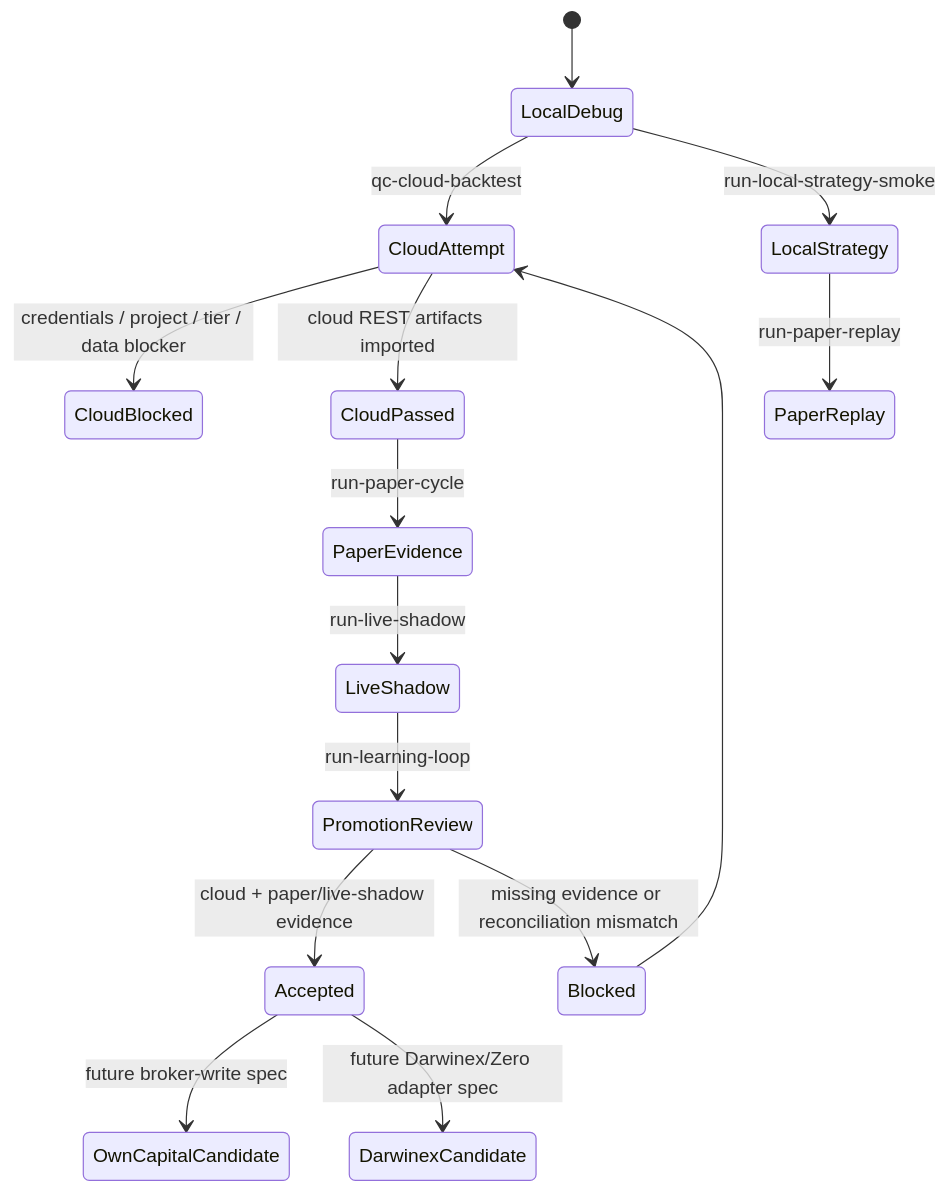
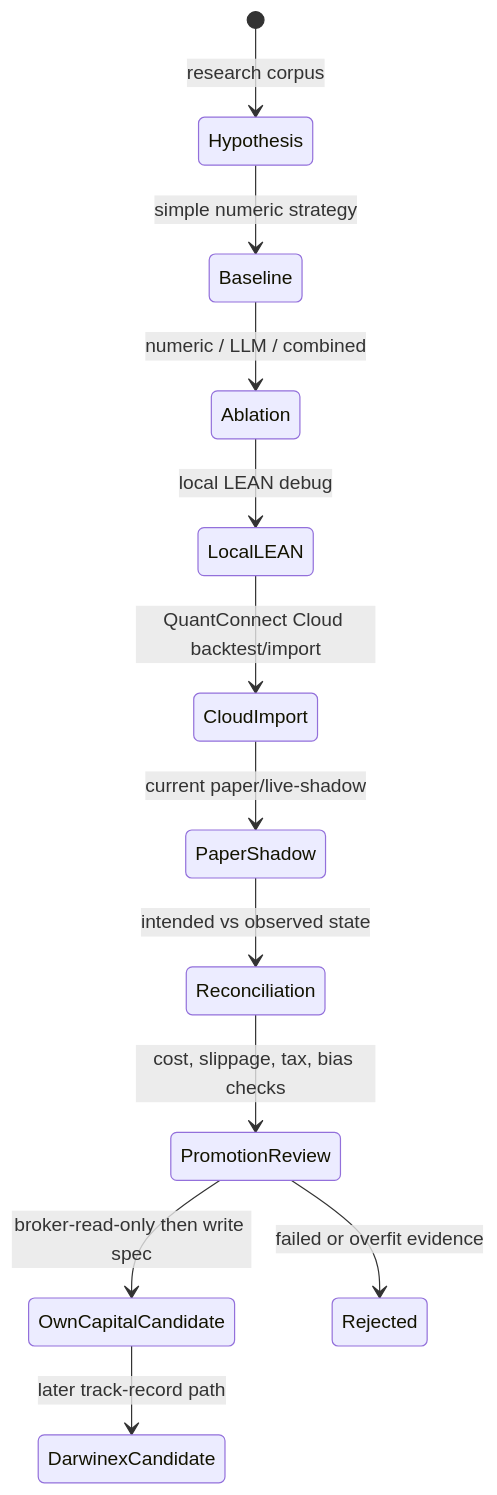
One commit to gigio1023/lincei-quant-research-engine changed the second of 2 diagrams in README.md. Above: the diagram before and after it, drawn with Mermaid. The commit also changed other lines of this file and 24 other files, not shown here.

First line of the commit message:
Reframe spec around own-capital parallel research

````diff
--- a/README.md
+++ b/README.md
@@ -61,17 +73,14 @@
 ```mermaid
 stateDiagram-v2
-    [*] --> LocalDebug
-    LocalDebug --> CloudAttempt: qc-cloud-backtest
-    CloudAttempt --> CloudBlocked: credentials / project / tier / data blocker
-    CloudAttempt --> CloudPassed: cloud REST artifacts imported
-    CloudPassed --> PaperEvidence: run-paper-cycle
-    LocalDebug --> LocalStrategy: run-local-strategy-smoke
-    LocalStrategy --> PaperReplay: run-paper-replay
-    PaperEvidence --> LiveShadow: run-live-shadow
-    LiveShadow --> PromotionReview: run-learning-loop
-    PromotionReview --> Accepted: cloud + paper/live-shadow evidence
-    PromotionReview --> Blocked: missing evidence or reconciliation mismatch
-    Blocked --> CloudAttempt
-    Accepted --> OwnCapitalCandidate: future broker-write spec
-    Accepted --> DarwinexCandidate: future Darwinex/Zero adapter spec
+    [*] --> Hypothesis: research corpus
+    Hypothesis --> Baseline: simple numeric strategy
+    Baseline --> Ablation: numeric / LLM / combined
+    Ablation --> LocalLEAN: local LEAN debug
+    LocalLEAN --> CloudImport: QuantConnect Cloud backtest/import
+    CloudImport --> PaperShadow: current paper/live-shadow
+    PaperShadow --> Reconciliation: intended vs observed state
+    Reconciliation --> PromotionReview: cost, slippage, tax, bias checks
+    PromotionReview --> OwnCapitalCandidate: broker-read-only then write spec
+    PromotionReview --> Rejected: failed or overfit evidence
+    OwnCapitalCandidate --> DarwinexCandidate: later track-record path
 ```
````
